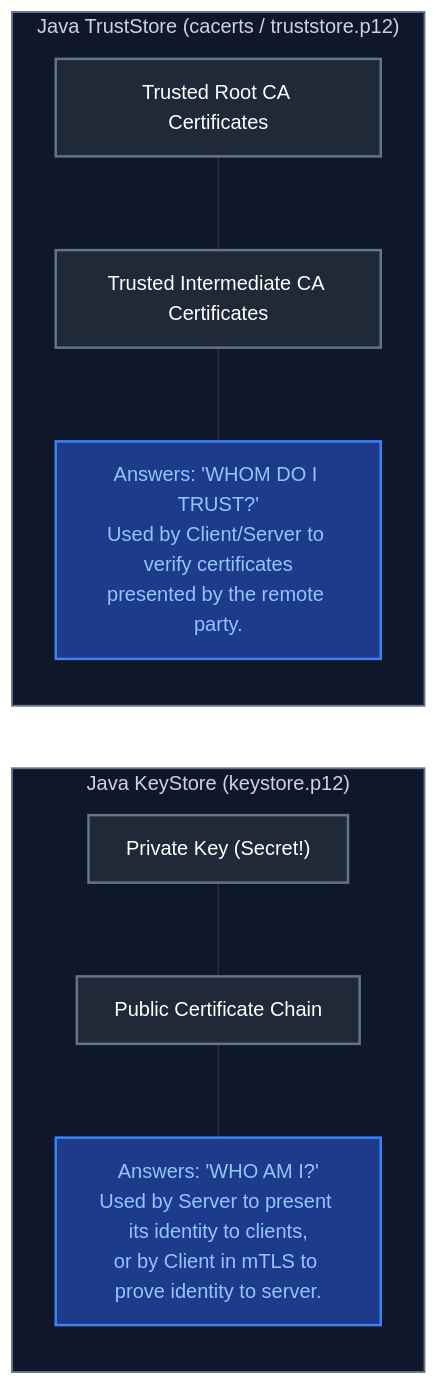
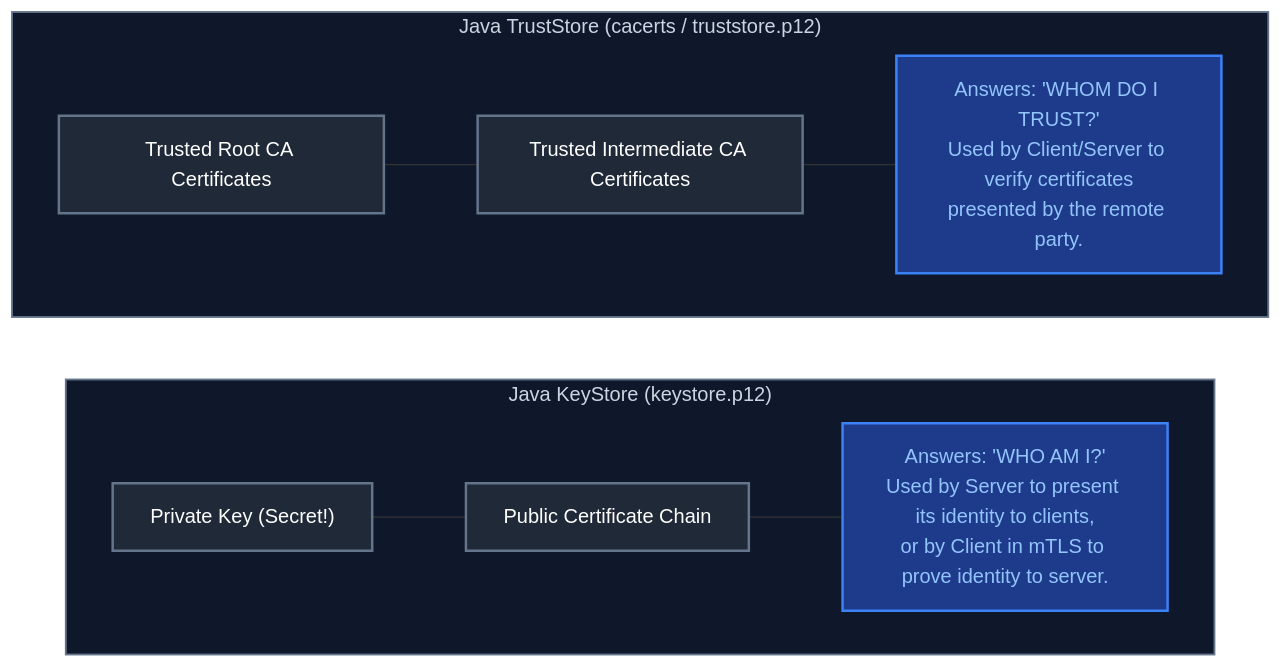
Before and after one commit to joydeep-biswas/Interview-Preparation: the eighth of 8 diagrams in Java Backend Engineering/11_security_identity_certificate_management.md, drawn with Mermaid. The commit also changed other lines of this file and 76 other files, not shown here.

Commit message:
Updated Charts

````diff
--- a/Java Backend Engineering/11_security_identity_certificate_management.md
+++ b/Java Backend Engineering/11_security_identity_certificate_management.md
@@ -390,28 +394,28 @@
 ```mermaid
 flowchart LR
     subgraph KeyStoreContainer["Java KeyStore (keystore.p12)"]
-        direction TB
+        direction LR
         PrivKey["Private Key (Secret!)"]
         CertChain["Public Certificate Chain"]
         PurposeKS["Answers: 'WHO AM I?'<br/>Used by Server to present its identity to clients,<br/>or by Client in mTLS to prove identity to server."]
         PrivKey --- CertChain --- PurposeKS
     end
 
     subgraph TrustStoreContainer["Java TrustStore (cacerts / truststore.p12)"]
-        direction TB
+        direction LR
         RootCAs["Trusted Root CA Certificates"]
         InterCAs["Trusted Intermediate CA Certificates"]
         PurposeTS["Answers: 'WHOM DO I TRUST?'<br/>Used by Client/Server to verify certificates<br/>presented by the remote party."]
         RootCAs --- InterCAs --- PurposeTS
     end
 
     style KeyStoreContainer fill:#0f172a,stroke:#64748b,stroke-width:1.5px,color:#cbd5e1
     style TrustStoreContainer fill:#0f172a,stroke:#64748b,stroke-width:1.5px,color:#cbd5e1
 
     style PrivKey fill:#1f2937,stroke:#64748b,stroke-width:2px,color:#fff
     style CertChain fill:#1f2937,stroke:#64748b,stroke-width:2px,color:#fff
     style PurposeKS fill:#1e3a8a,stroke:#3b82f6,stroke-width:2px,color:#93c5fd
     style RootCAs fill:#1f2937,stroke:#64748b,stroke-width:2px,color:#fff
     style InterCAs fill:#1f2937,stroke:#64748b,stroke-width:2px,color:#fff
     style PurposeTS fill:#1e3a8a,stroke:#3b82f6,stroke-width:2px,color:#93c5fd
 ```
````
